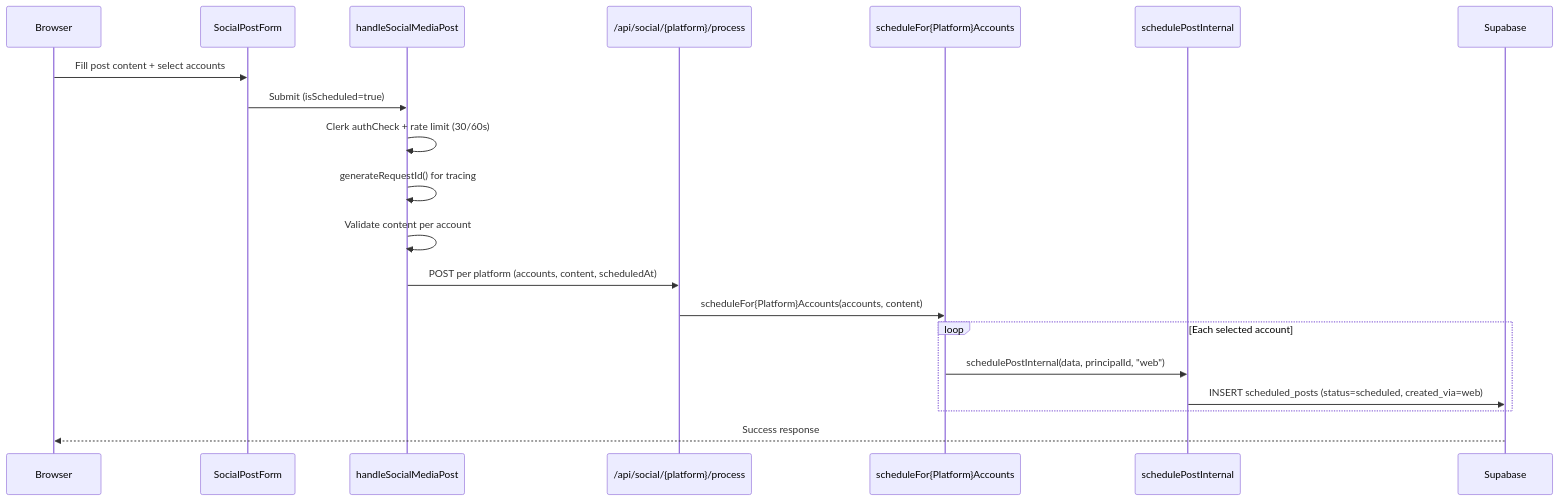
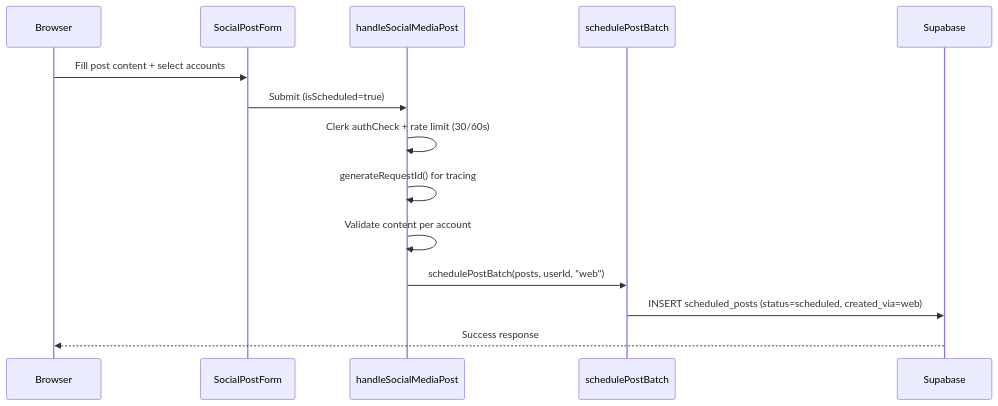
The second of 8 diagrams in docs/ARCHITECTURE.md (Andy00L/sharetopus), drawn with Mermaid before and after one commit. The commit also changed other lines of this file and 60 other files, not shown here.

````diff
--- a/docs/ARCHITECTURE.md
+++ b/docs/ARCHITECTURE.md
@@ -304,23 +304,17 @@
 ```mermaid
 sequenceDiagram
     participant User as Browser
     participant Form as SocialPostForm
     participant Handler as handleSocialMediaPost
-    participant Process as /api/social/{platform}/process
-    participant Schedule as scheduleFor{Platform}Accounts
-    participant Internal as schedulePostInternal
+    participant Batch as schedulePostBatch
     participant DB as Supabase
 
     User->>Form: Fill post content + select accounts
     Form->>Handler: Submit (isScheduled=true)
     Handler->>Handler: Clerk authCheck + rate limit (30/60s)
     Handler->>Handler: generateRequestId() for tracing
     Handler->>Handler: Validate content per account
-    Handler->>Process: POST per platform (accounts, content, scheduledAt)
-    Process->>Schedule: scheduleFor{Platform}Accounts(accounts, content)
-    loop Each selected account
-        Schedule->>Internal: schedulePostInternal(data, principalId, "web")
-        Internal->>DB: INSERT scheduled_posts (status=scheduled, created_via=web)
-    end
+    Handler->>Batch: schedulePostBatch(posts, userId, "web")
+    Batch->>DB: INSERT scheduled_posts (status=scheduled, created_via=web)
     DB-->>User: Success response
 ```
````
